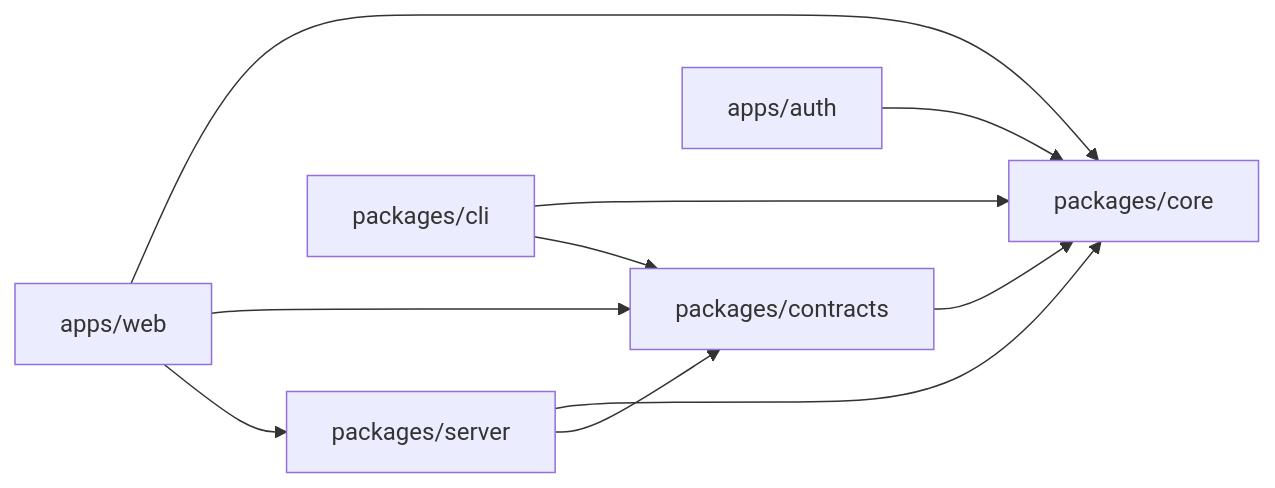
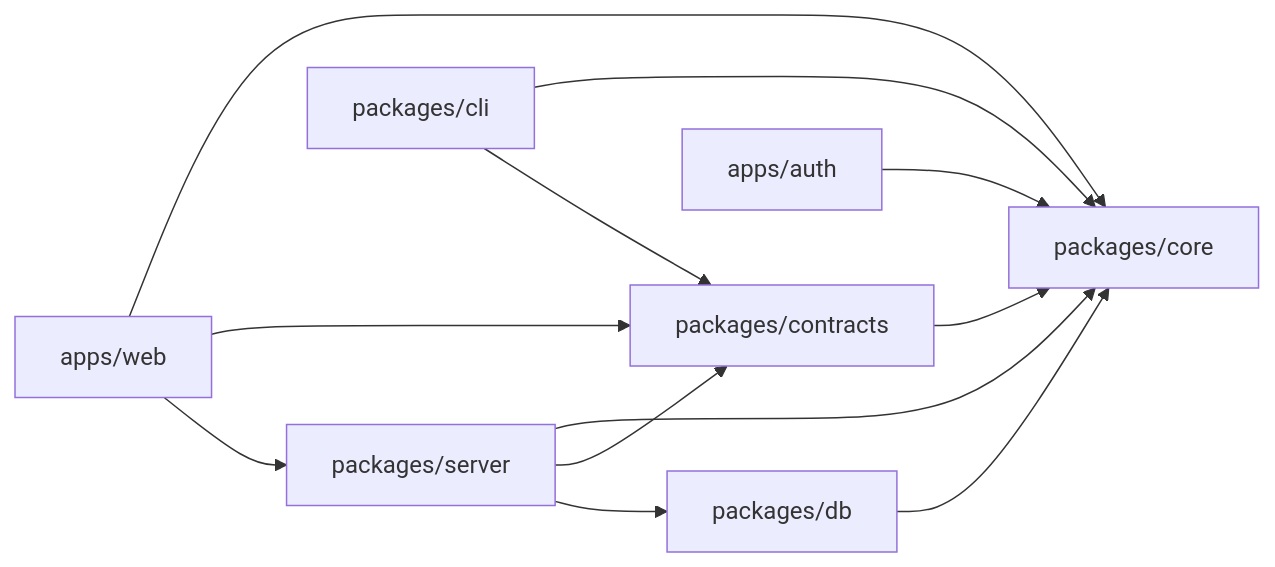
Before and after one commit to fabioassuncao/dev-gateway: the diagram in docs/monorepo.md, drawn with Mermaid. The commit also changed other lines of this file and 95 other files, not shown here.

````diff
--- a/docs/monorepo.md
+++ b/docs/monorepo.md
@@ -62,19 +64,22 @@
 ```mermaid
 flowchart LR
     core[packages/core]
     contracts[packages/contracts]
+    db[packages/db]
     server[packages/server]
     web[apps/web]
     cli[packages/cli]
     fauth[apps/auth]
 
     contracts --> core
+    db --> core
     server --> core
     server --> contracts
+    server --> db
     web --> core
     web --> contracts
     web --> server
     cli --> core
     cli --> contracts
     fauth --> core
 ```
````
